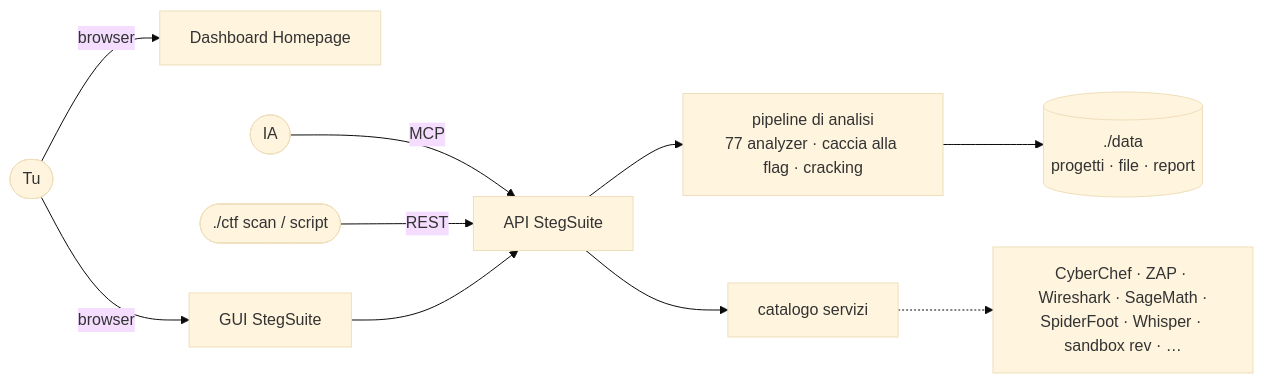
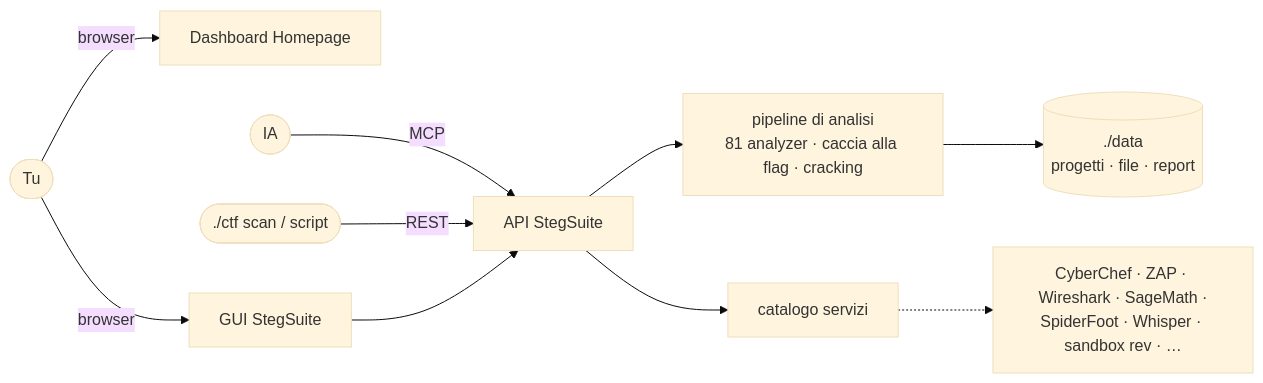
Before and after one commit to dexRand/ctf-docker: the diagram in README.it.md, drawn with Mermaid (base theme). The commit also changed other lines of this file and 3 other files, not shown here.

````diff
--- a/README.it.md
+++ b/README.it.md
@@ -88,12 +88,12 @@
 ```mermaid
 flowchart LR
   tu([Tu]) -->|browser| dash[Dashboard Homepage]
   tu -->|browser| ss[GUI StegSuite]
   ia([IA]) -->|MCP| api
   cli([./ctf scan / script]) -->|REST| api
   ss --> api[API StegSuite]
-  api --> pipe[pipeline di analisi<br/>77 analyzer · caccia alla flag · cracking]
+  api --> pipe[pipeline di analisi<br/>81 analyzer · caccia alla flag · cracking]
   pipe --> data[(./data<br/>progetti · file · report)]
   api --> svc[catalogo servizi]
   svc -.-> tools[CyberChef · ZAP · Wireshark · SageMath ·<br/>SpiderFoot · Whisper · sandbox rev · …]
 ```
````
